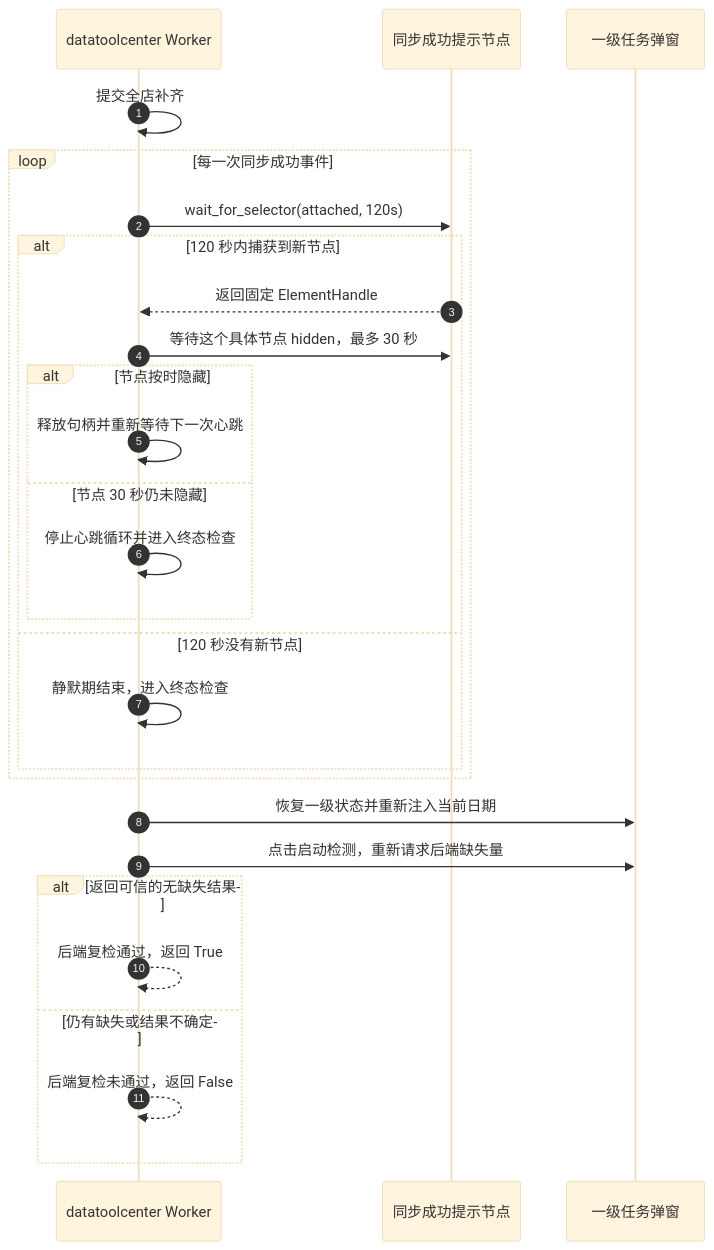
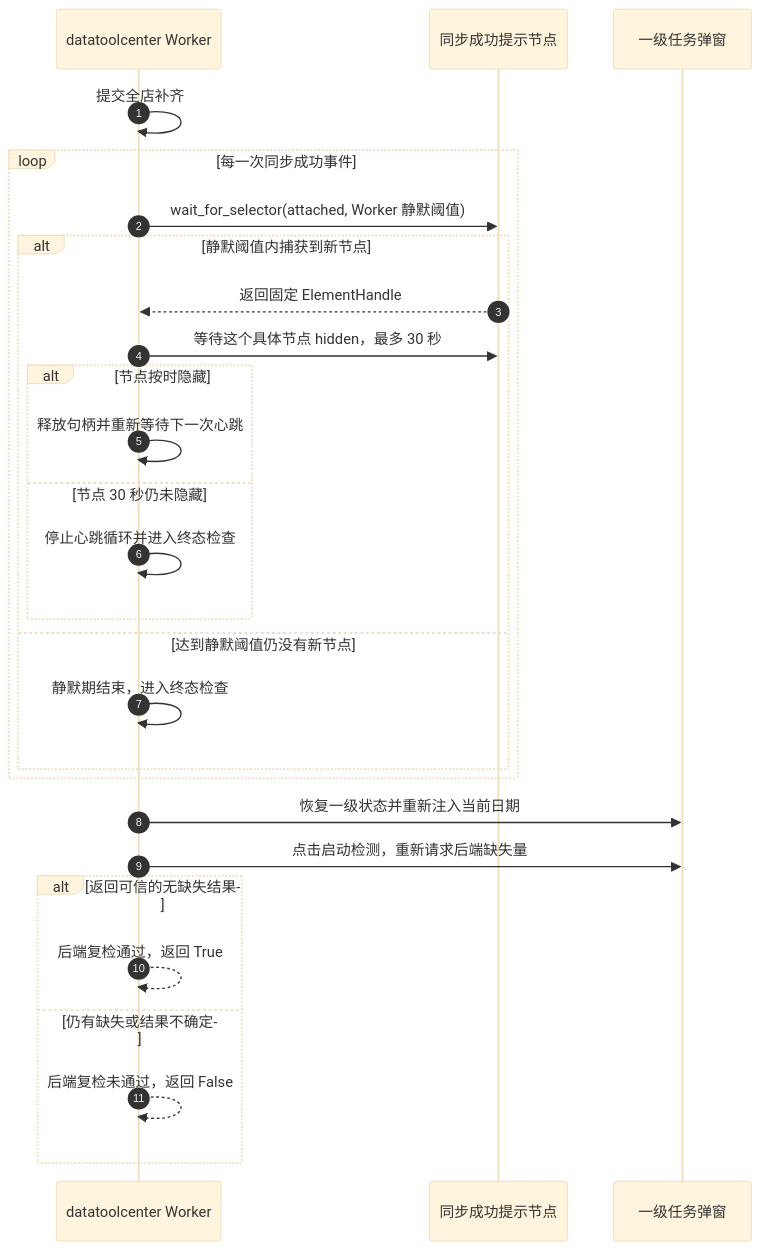
Before and after one commit to liao084/BitBrowser-Backfill-Engine: the tenth of 15 diagrams in ARCHITECTURE.md, drawn with Mermaid (base theme). The commit also changed other lines of this file and 6 other files, not shown here.

````diff
--- a/ARCHITECTURE.md
+++ b/ARCHITECTURE.md
@@ -362,30 +377,30 @@
 ```mermaid
 sequenceDiagram
     autonumber
     participant W as datatoolcenter Worker
     participant Toast as 同步成功提示节点
     participant Primary as 一级任务弹窗
 
     W->>W: 提交全店补齐
     loop 每一次同步成功事件
-        W->>Toast: wait_for_selector(attached, 120s)
-        alt 120 秒内捕获到新节点
+        W->>Toast: wait_for_selector(attached, Worker 静默阈值)
+        alt 静默阈值内捕获到新节点
             Toast-->>W: 返回固定 ElementHandle
             W->>Toast: 等待这个具体节点 hidden，最多 30 秒
             alt 节点按时隐藏
                 W->>W: 释放句柄并重新等待下一次心跳
             else 节点 30 秒仍未隐藏
                 W->>W: 停止心跳循环并进入终态检查
             end
-        else 120 秒没有新节点
+        else 达到静默阈值仍没有新节点
             W->>W: 静默期结束，进入终态检查
         end
     end
     W->>Primary: 恢复一级状态并重新注入当前日期
     W->>Primary: 点击启动检测，重新请求后端缺失量
     alt 返回可信的无缺失结果
         W-->>W: 后端复检通过，返回 True
     else 仍有缺失或结果不确定
         W-->>W: 后端复检未通过，返回 False
     end
 ```
````
